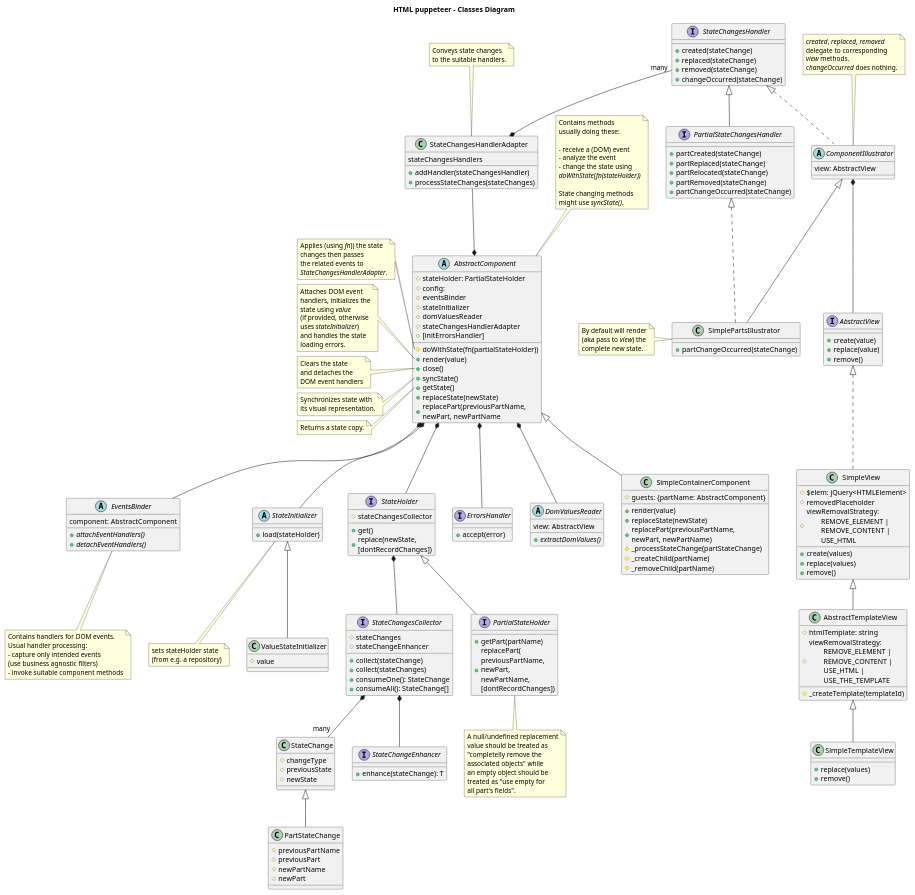
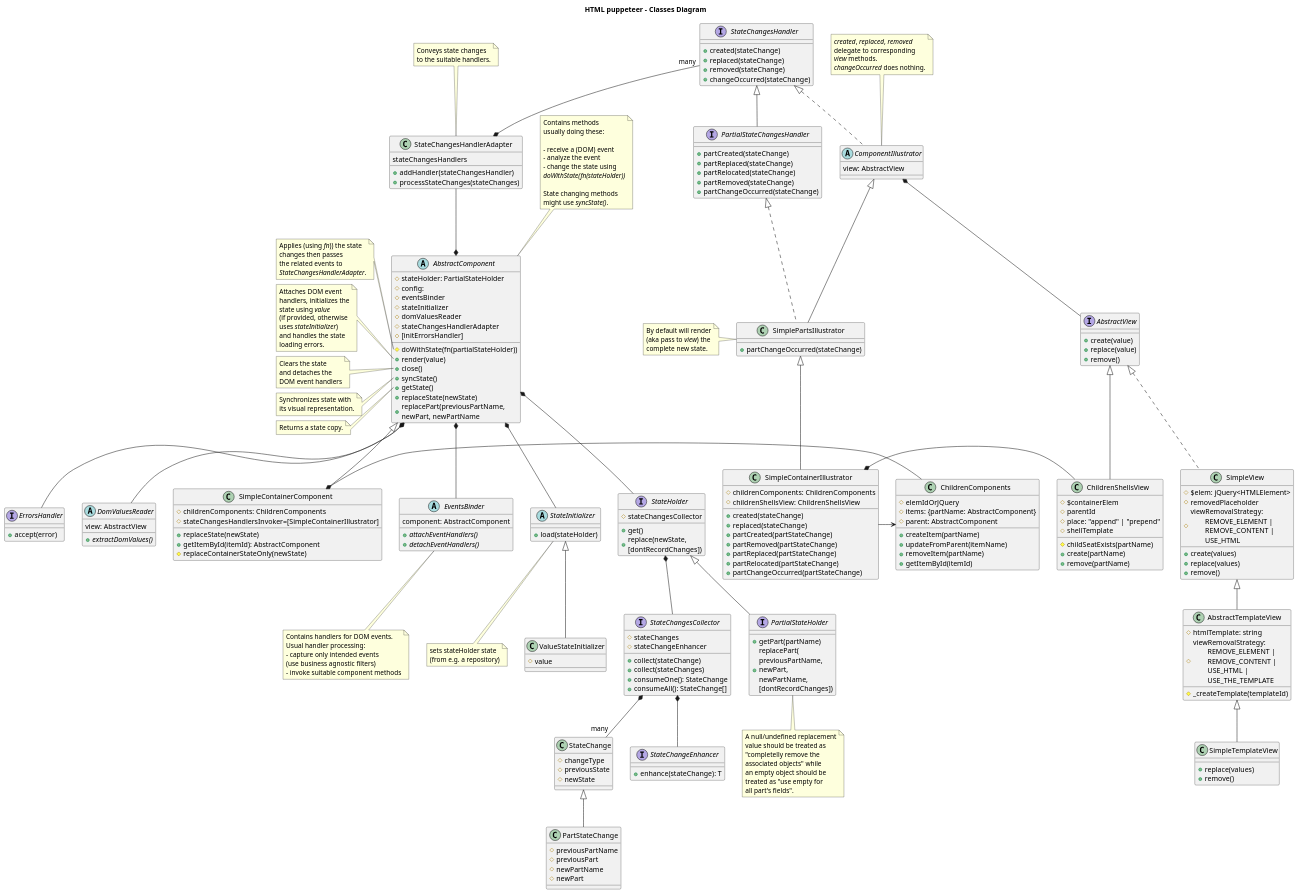
Before and after one commit to adrhc/html-puppeteer: the diagram in design/classes-diagram.puml, drawn with PlantUML. The commit also changed 5 other files, not shown here.

Commit message:
classes-diagram.puml SimpleContainerIllustrator -> ComplexContainerIllustrator ListContainerIllustrator -> SimpleContainerIllustrator

```diff
--- a/design/classes-diagram.puml
+++ b/design/classes-diagram.puml
@@ -95,13 +95,48 @@
 }'/
 
 class SimpleContainerComponent extends AbstractComponent {
-#guests: {partName: AbstractComponent}
-+render(value)
+#childrenComponents: ChildrenComponents
+#stateChangesHandlersInvoker=[SimpleContainerIllustrator]
 +replaceState(newState)
-+replacePart(previousPartName, \nnewPart, newPartName)
-#_processStateChange(partStateChange)
-#_createChild(partName)
-#_removeChild(partName)
++getItemById(itemId): AbstractComponent
+#replaceContainerStateOnly(newState)
+}
+
+SimpleContainerComponent *- ChildrenComponents
+
+class SimpleContainerIllustrator extends SimplePartsIllustrator {
+#childrenComponents: ChildrenComponents
+#childrenShellsView: ChildrenShellsView
++created(stateChange)
++replaced(stateChange)
++partCreated(partStateChange)
++partRemoved(partStateChange)
++partReplaced(partStateChange)
++partRelocated(partStateChange)
++partChangeOccurred(partStateChange)
+}
+
+SimpleContainerIllustrator -> ChildrenComponents
+SimpleContainerIllustrator *- ChildrenShellsView
+
+class ChildrenShellsView extends AbstractView {
+#$containerElem
+#parentId
+#place: "append" | "prepend"
+#shellTemplate
+#childSeatExists(partName)
++create(partName)
++remove(partName)
+}
+
+class ChildrenComponents {
+#elemIdOrJQuery
+#items: {partName: AbstractComponent}
+#parent: AbstractComponent
++createItem(partName)
++updateFromParent(itemName)
++removeItem(partName)
++getItemById(itemId)
 }
 
 abstract EventsBinder {
```
